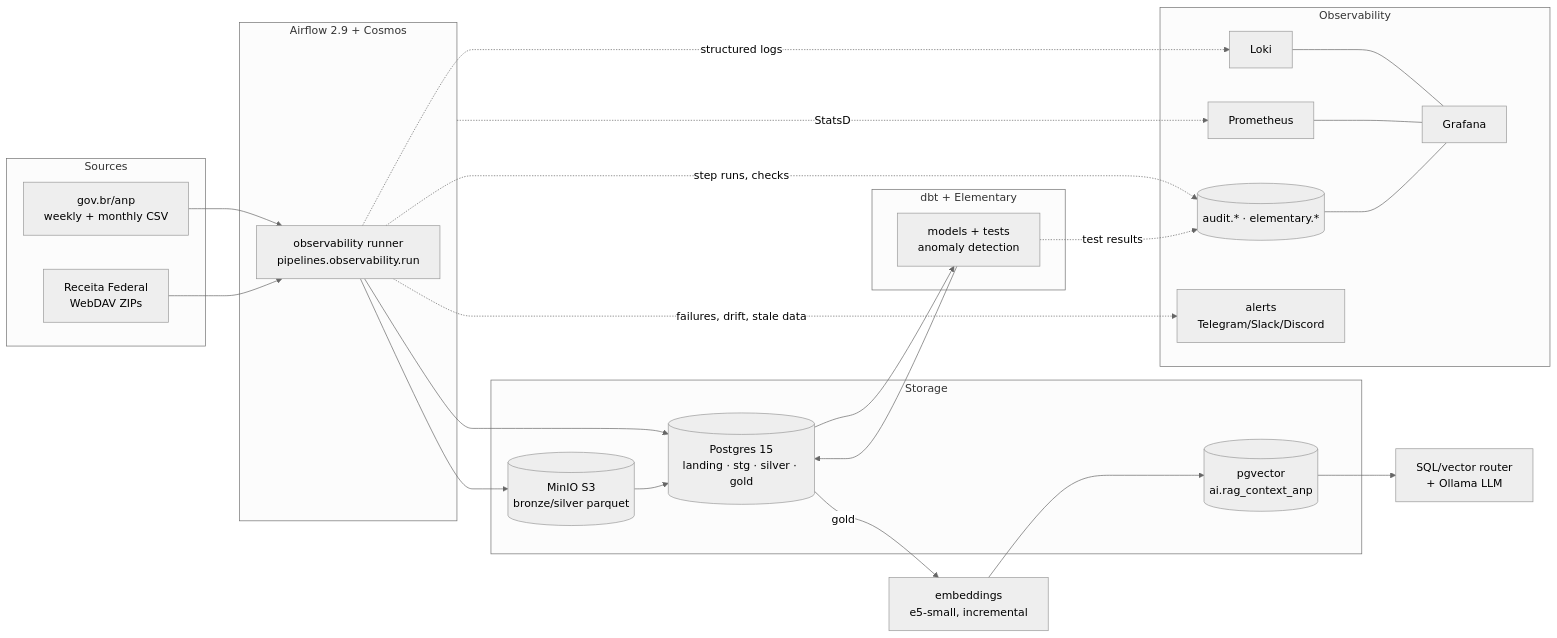
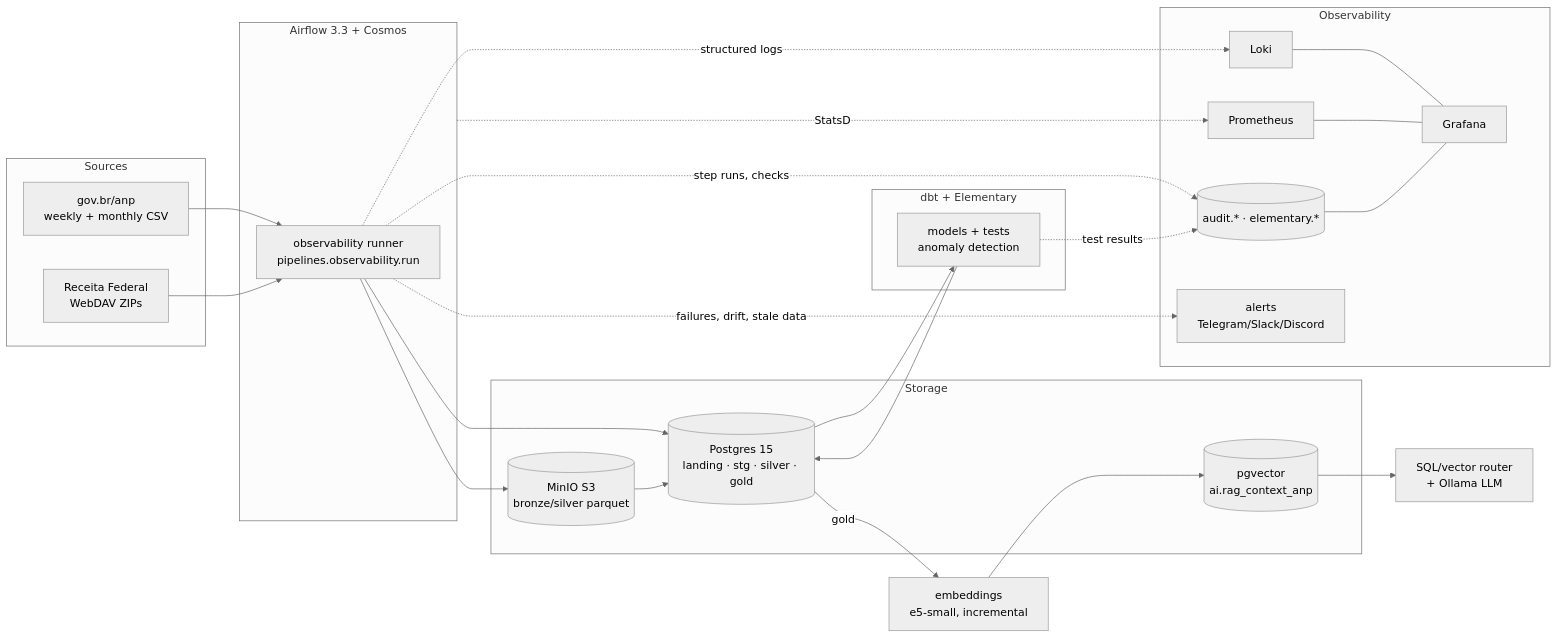
The diagram in README.md (engrodrigoa/datalabs), drawn with Mermaid (neutral theme) before and after one commit. The commit also changed other lines of this file and 29 other files, not shown here.

````diff
--- a/README.md
+++ b/README.md
@@ -38,39 +38,39 @@
 ```mermaid
 flowchart LR
   subgraph Sources
     ANP[gov.br/anp<br/>weekly + monthly CSV]
     RFB[Receita Federal<br/>WebDAV ZIPs]
   end
 
-  subgraph Orchestration[Airflow 2.9 + Cosmos]
+  subgraph Orchestration[Airflow 3.3 + Cosmos]
     RUN[observability runner<br/>pipelines.observability.run]
   end
 
   subgraph Storage
     MINIO[(MinIO S3<br/>bronze/silver parquet)]
     PG[(Postgres 15<br/>landing · stg · silver · gold)]
     VEC[(pgvector<br/>ai.rag_context_anp)]
   end
 
   subgraph Transform[dbt + Elementary]
     DBT[models + tests<br/>anomaly detection]
   end
 
   ANP --> RUN --> PG
   RFB --> RUN --> MINIO --> PG
   PG --> DBT --> PG
   PG -- gold --> EMB[embeddings<br/>e5-small, incremental] --> VEC --> RAG[SQL/vector router<br/>+ Ollama LLM]
 
   subgraph Observability
     LOKI[Loki] --- GRAF[Grafana]
     PROM[Prometheus] --- GRAF
     AUD[(audit.* · elementary.*)] --- GRAF
     ALERT[alerts<br/>Telegram/Slack/Discord]
   end
 
   RUN -. structured logs .-> LOKI
   Orchestration -. StatsD .-> PROM
   RUN -. step runs, checks .-> AUD
   DBT -. test results .-> AUD
   RUN -. failures, drift, stale data .-> ALERT
 ```
````
